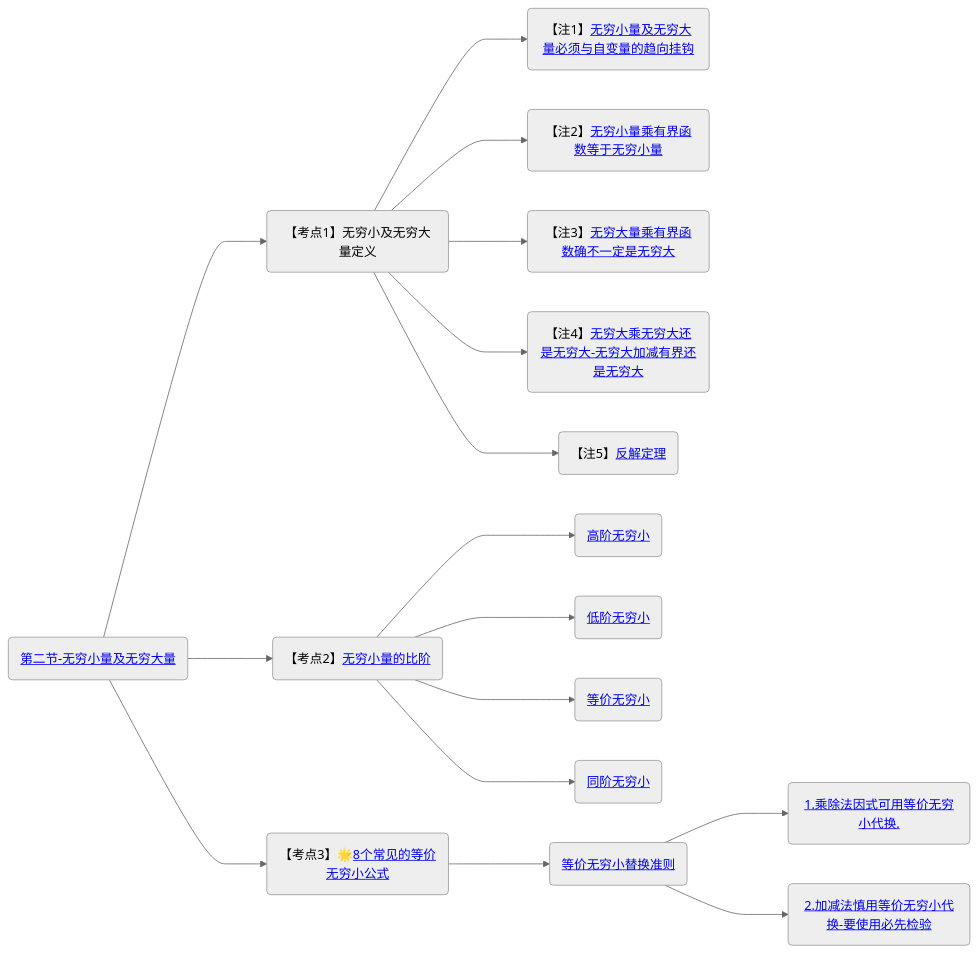
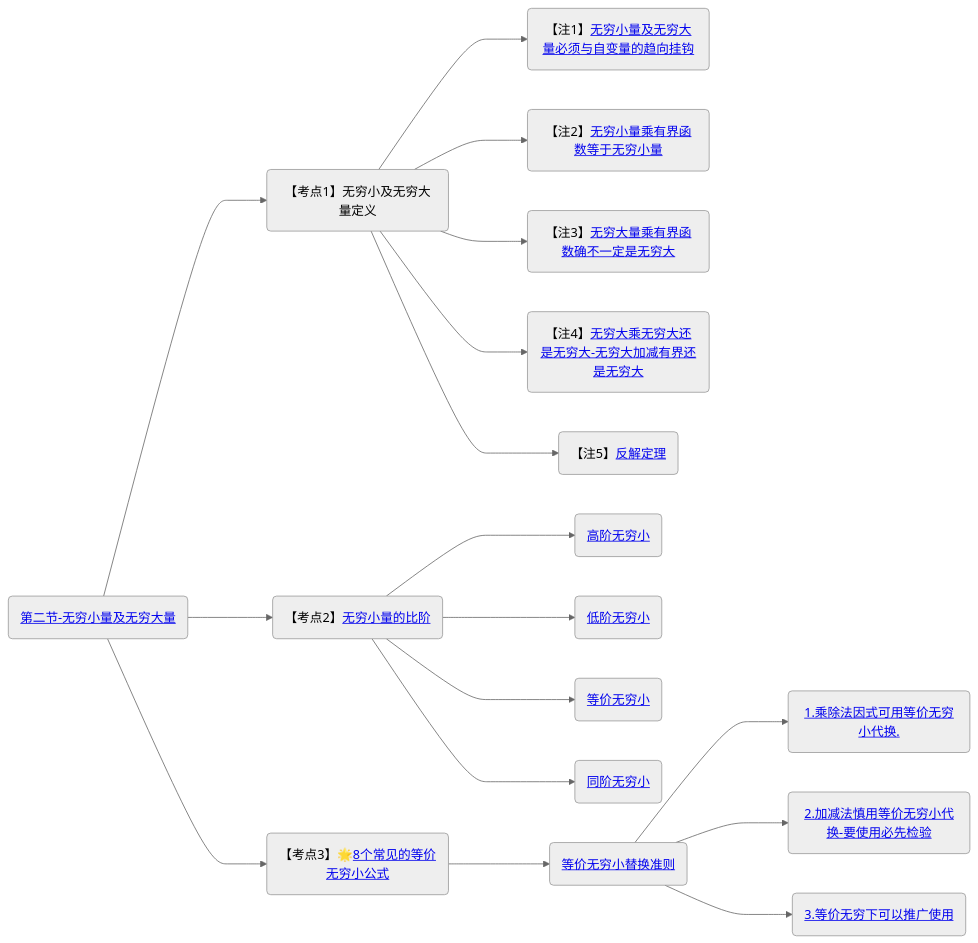
The second of 2 diagrams in 笔记/数学/周洋鑫/基础班/00.大纲.md (yuebinghui/note), drawn with Mermaid (neutral theme) before and after one commit. The commit also changed 5 other files, not shown here.

````diff
--- a/笔记/数学/周洋鑫/基础班/00.大纲.md
+++ b/笔记/数学/周洋鑫/基础班/00.大纲.md
@@ -40,26 +40,27 @@
 ```mermaid
 graph LR
 
 第二节-无穷小量及无穷大量(<a href="/Users/yuebinghui/Documents/program/github/note/笔记/数学/周洋鑫/基础班/02.无穷小量及无穷大量.md#第二节-无穷小量及无穷大量">第二节-无穷小量及无穷大量</>)
 
 第二节-无穷小量及无穷大量--->无穷小及无穷大量定义(【考点1】无穷小及无穷大量定义)
 
 无穷小及无穷大量定义--->无穷小量及无穷大量必须与自变量的趋向挂钩(【注1】<a href="/Users/yuebinghui/Documents/program/github/note/笔记/数学/周洋鑫/基础班/02.无穷小量及无穷大量.md#无穷小量及无穷大量必须与自变量的趋向挂钩">无穷小量及无穷大量必须与自变量的趋向挂钩</>)
 无穷小及无穷大量定义--->无穷小量乘有界函数等于无穷小量(【注2】<a href="/Users/yuebinghui/Documents/program/github/note/笔记/数学/周洋鑫/基础班/02.无穷小量及无穷大量.md#无穷小量乘有界函数等于无穷小量">无穷小量乘有界函数等于无穷小量</>)
 无穷小及无穷大量定义--->无穷大量乘有界函数确不一定是无穷大(【注3】<a href="/Users/yuebinghui/Documents/program/github/note/笔记/数学/周洋鑫/基础班/02.无穷小量及无穷大量.md#无穷大量乘有界函数确不一定是无穷大">无穷大量乘有界函数确不一定是无穷大</>)
 无穷小及无穷大量定义--->无穷大乘无穷大还是无穷大-无穷大加减有界还是无穷大(【注4】<a href="/Users/yuebinghui/Documents/program/github/note/笔记/数学/周洋鑫/基础班/02.无穷小量及无穷大量.md#无穷大乘无穷大还是无穷大-无穷大加减有界还是无穷大">无穷大乘无穷大还是无穷大-无穷大加减有界还是无穷大</>)
 无穷小及无穷大量定义--->反解定理(【注5】<a href="/Users/yuebinghui/Documents/program/github/note/笔记/数学/周洋鑫/基础班/02.无穷小量及无穷大量.md#反解定理">反解定理</>)
 
 第二节-无穷小量及无穷大量--->无穷小量的比阶(【考点2】<a href="/Users/yuebinghui/Documents/program/github/note/笔记/数学/周洋鑫/基础班/02.无穷小量及无穷大量.md#无穷小量的比阶">无穷小量的比阶</>)
 无穷小量的比阶--->高阶无穷小(<a href="/Users/yuebinghui/Documents/program/github/note/笔记/数学/周洋鑫/基础班/02.无穷小量及无穷大量.md#高阶无穷小">高阶无穷小</>)
 无穷小量的比阶--->低阶无穷小(<a href="/Users/yuebinghui/Documents/program/github/note/笔记/数学/周洋鑫/基础班/02.无穷小量及无穷大量.md#低阶无穷小">低阶无穷小</>)
 无穷小量的比阶--->等价无穷小(<a href="/Users/yuebinghui/Documents/program/github/note/笔记/数学/周洋鑫/基础班/02.无穷小量及无穷大量.md#等价无穷小">等价无穷小</>)
 无穷小量的比阶--->同阶无穷小(<a href="/Users/yuebinghui/Documents/program/github/note/笔记/数学/周洋鑫/基础班/02.无穷小量及无穷大量.md#同阶无穷小">同阶无穷小</>)
 
 第二节-无穷小量及无穷大量--->8个常见的等价无穷小公式(【考点3】🌟<a href="/Users/yuebinghui/Documents/program/github/note/笔记/数学/周洋鑫/基础班/02.无穷小量及无穷大量.md#8个常见的等价无穷小公式">8个常见的等价无穷小公式</>)
 8个常见的等价无穷小公式--->等价无穷小替换准则(<a href="/Users/yuebinghui/Documents/program/github/note/笔记/数学/周洋鑫/基础班/02.无穷小量及无穷大量.md#等价无穷小替换准则">等价无穷小替换准则</>)
 等价无穷小替换准则--->1.乘除法因式可用等价无穷小代换.(<a href="/Users/yuebinghui/Documents/program/github/note/笔记/数学/周洋鑫/基础班/02.无穷小量及无穷大量.md#1.乘除法因式可用等价无穷小代换.">1.乘除法因式可用等价无穷小代换.</>)
 等价无穷小替换准则--->2.加减法慎用等价无穷小代换-要使用必先检验(<a href="/Users/yuebinghui/Documents/program/github/note/笔记/数学/周洋鑫/基础班/02.无穷小量及无穷大量.md#2.加减法慎用等价无穷小代换-要使用必先检验">2.加减法慎用等价无穷小代换-要使用必先检验</>)
+等价无穷小替换准则--->3.等价无穷下可以推广使用(<a href="/Users/yuebinghui/Documents/program/github/note/笔记/数学/周洋鑫/基础班/02.无穷小量及无穷大量.md#3.等价无穷下可以推广使用">3.等价无穷下可以推广使用</>)
 
 
 ```
````
